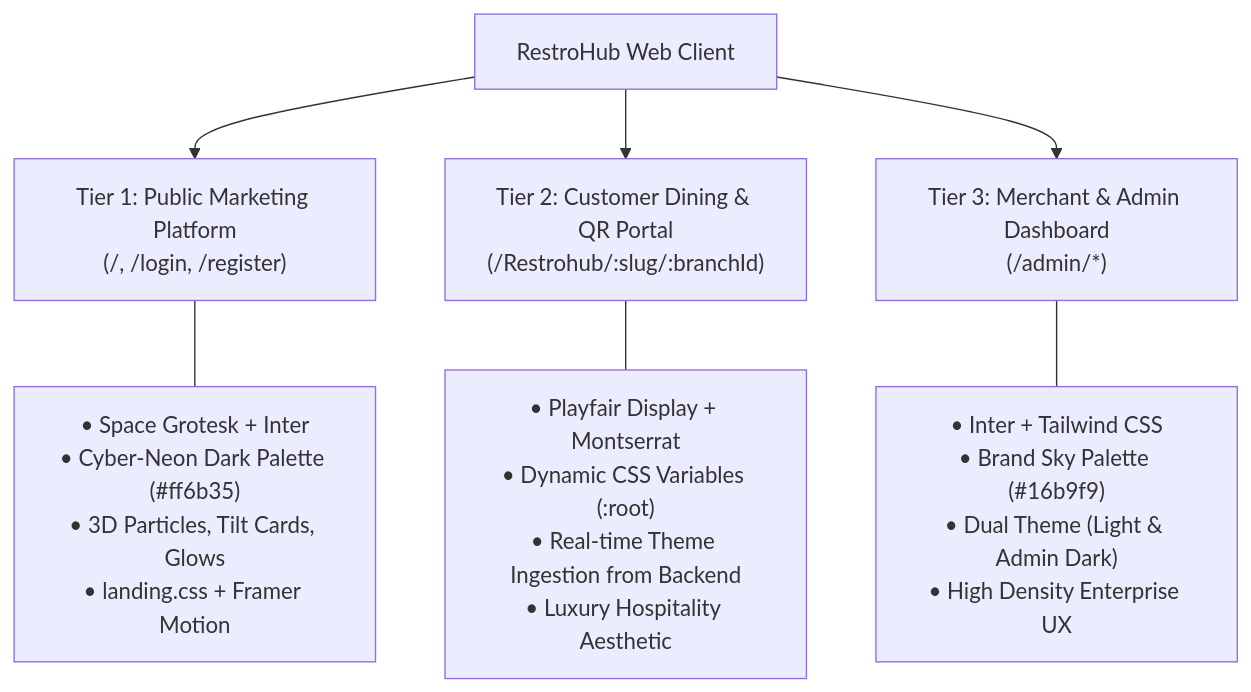
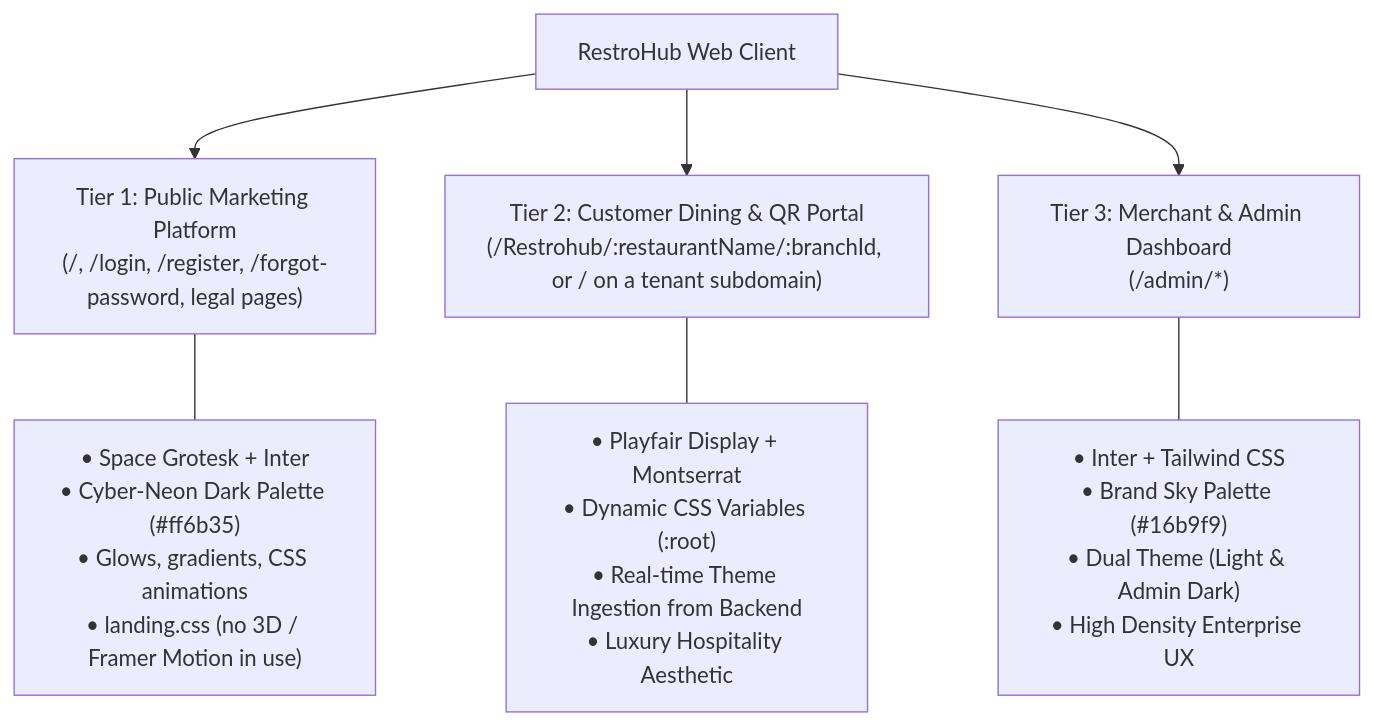
The diagram in agent/frontend-design.md (rdodiya/RestroHub), drawn with Mermaid before and after one commit. The commit also changed other lines of this file and 11 other files, not shown here.

````diff
--- a/agent/frontend-design.md
+++ b/agent/frontend-design.md
@@ -47,10 +49,10 @@
 ```mermaid
 flowchart TD
-    App["RestroHub Web Client"] --> T1["Tier 1: Public Marketing Platform<br/>(/, /login, /register)"]
-    App --> T2["Tier 2: Customer Dining & QR Portal<br/>(/Restrohub/:slug/:branchId)"]
+    App["RestroHub Web Client"] --> T1["Tier 1: Public Marketing Platform<br/>(/, /login, /register, /forgot-password, legal pages)"]
+    App --> T2["Tier 2: Customer Dining & QR Portal<br/>(/Restrohub/:restaurantName/:branchId, or / on a tenant subdomain)"]
     App --> T3["Tier 3: Merchant & Admin Dashboard<br/>(/admin/*)"]
 
-    T1 --- T1_Style["• Space Grotesk + Inter<br/>• Cyber-Neon Dark Palette (#ff6b35)<br/>• 3D Particles, Tilt Cards, Glows<br/>• landing.css + Framer Motion"]
+    T1 --- T1_Style["• Space Grotesk + Inter<br/>• Cyber-Neon Dark Palette (#ff6b35)<br/>• Glows, gradients, CSS animations<br/>• landing.css (no 3D / Framer Motion in use)"]
     T2 --- T2_Style["• Playfair Display + Montserrat<br/>• Dynamic CSS Variables (:root)<br/>• Real-time Theme Ingestion from Backend<br/>• Luxury Hospitality Aesthetic"]
     T3 --- T3_Style["• Inter + Tailwind CSS<br/>• Brand Sky Palette (#16b9f9)<br/>• Dual Theme (Light & Admin Dark)<br/>• High Density Enterprise UX"]
 ```
````
